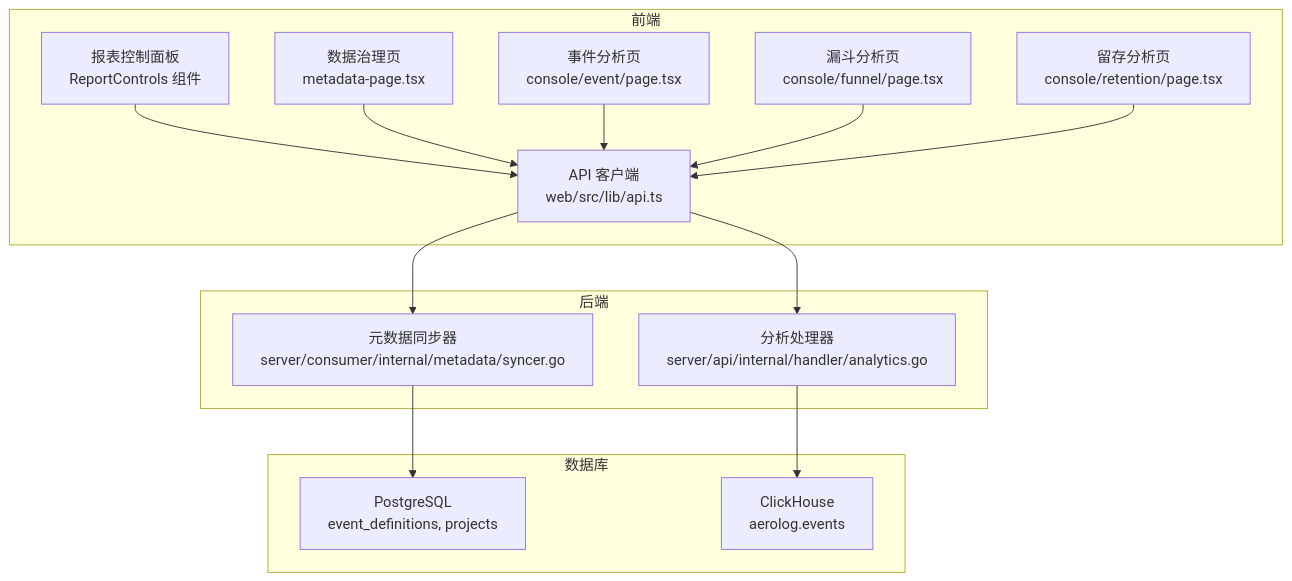
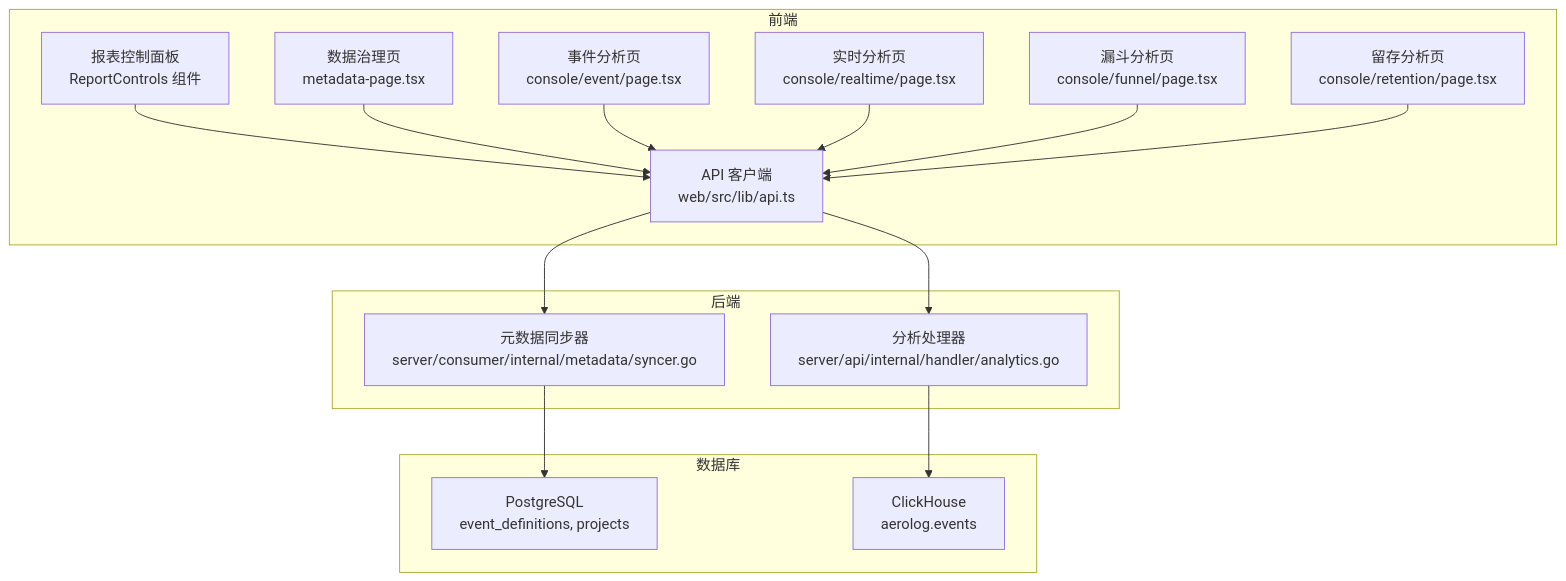
The first of 5 diagrams in .qoder/repowiki/zh/content/Web控制台/事件分析功能.md (zhen-zhong/AeroLog), drawn with Mermaid before and after one commit. The commit also changed other lines of this file and 84 other files, not shown here.

````diff
--- a/.qoder/repowiki/zh/content/Web控制台/事件分析功能.md
+++ b/.qoder/repowiki/zh/content/Web控制台/事件分析功能.md
@@ -43,28 +48,30 @@
 ```mermaid
 graph TB
 subgraph "前端"
 FE_ReportControls["报表控制面板<br/>ReportControls 组件"]
 FE_Metadata["数据治理页<br/>metadata-page.tsx"]
 FE_Event["事件分析页<br/>console/event/page.tsx"]
+FE_Realtime["实时分析页<br/>console/realtime/page.tsx"]
 FE_Funnel["漏斗分析页<br/>console/funnel/page.tsx"]
 FE_Ret["留存分析页<br/>console/retention/page.tsx"]
 FE_API["API 客户端<br/>web/src/lib/api.ts"]
 end
 subgraph "后端"
 API_H_Analytic["分析处理器<br/>server/api/internal/handler/analytics.go"]
 API_H_Metadata["元数据同步器<br/>server/consumer/internal/metadata/syncer.go"]
 end
 subgraph "数据库"
 PG["PostgreSQL<br/>event_definitions, projects"]
 CH["ClickHouse<br/>aerolog.events"]
 end
 FE_ReportControls --> FE_API
 FE_Metadata --> FE_API
 FE_Event --> FE_API
+FE_Realtime --> FE_API
 FE_Funnel --> FE_API
 FE_Ret --> FE_API
 FE_API --> API_H_Analytic
 FE_API --> API_H_Metadata
 API_H_Analytic --> CH
 API_H_Metadata --> PG
 ```
````
